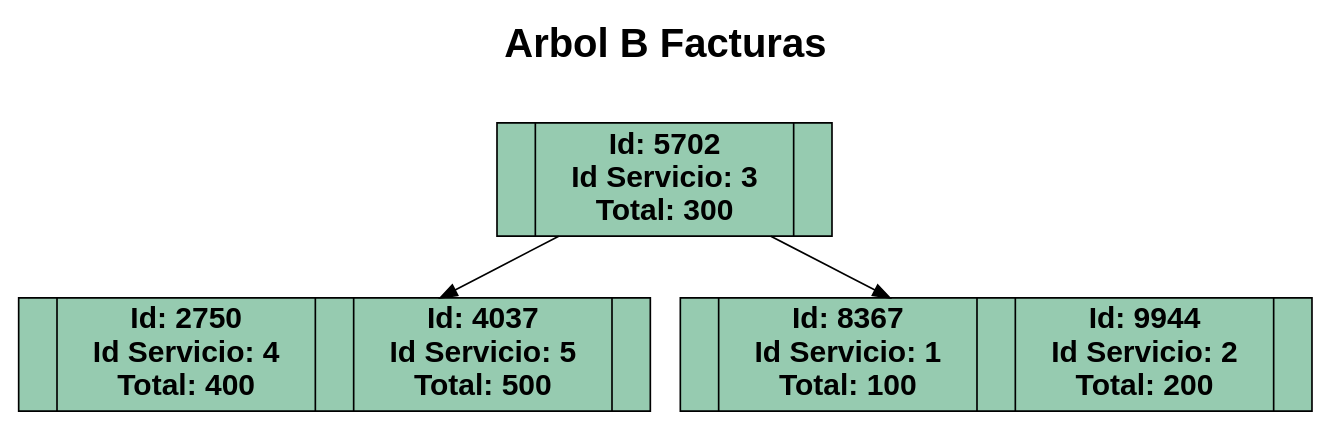
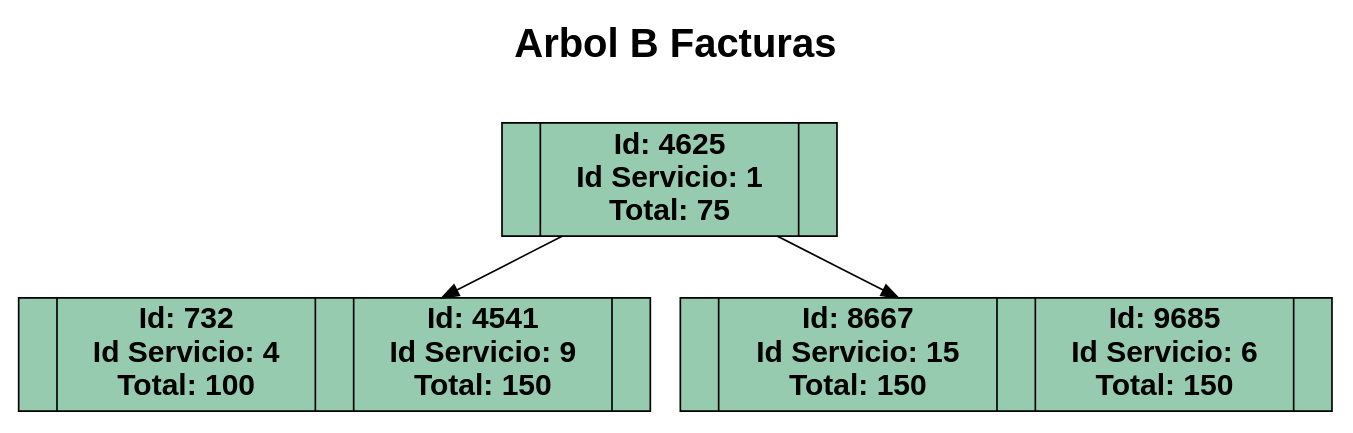
Before and after one commit to Saloj17/-EDD-1S2025_201900081: the diagram in Fase2/Reportes/facturas.dot, drawn with Graphviz. The commit also changed 143 other files, not shown here.

```diff
--- a/Fase2/Reportes/facturas.dot
+++ b/Fase2/Reportes/facturas.dot
@@ -1,14 +1,14 @@
 digraph ArbolB {
   node [shape=record, height=0.1];
   label = "Arbol B Facturas
 
 ";
   labelloc = "t";
   fontsize = 24;
   fontname = "Helvetica-Bold";
-  nodo_43332040 [label=" |Id: 5702\n Id Servicio: 3\n Total: 300|" style="filled" fillcolor="#96cbb0" fontname="Helvetica-Bold" fontsize = 18];
-  nodo_54444047 [label=" |Id: 2750\n Id Servicio: 4\n Total: 400| |Id: 4037\n Id Servicio: 5\n Total: 500|" style="filled" fillcolor="#96cbb0" fontname="Helvetica-Bold" fontsize = 18];
-  nodo_43332040 -> nodo_54444047;
-  nodo_20234383 [label=" |Id: 8367\n Id Servicio: 1\n Total: 100| |Id: 9944\n Id Servicio: 2\n Total: 200|" style="filled" fillcolor="#96cbb0" fontname="Helvetica-Bold" fontsize = 18];
-  nodo_43332040 -> nodo_20234383;
+  nodo_33675143 [label=" |Id: 4625\n Id Servicio: 1\n Total: 75|" style="filled" fillcolor="#96cbb0" fontname="Helvetica-Bold" fontsize = 18];
+  nodo_34640832 [label=" |Id: 732\n Id Servicio: 4\n Total: 100| |Id: 4541\n Id Servicio: 9\n Total: 150|" style="filled" fillcolor="#96cbb0" fontname="Helvetica-Bold" fontsize = 18];
+  nodo_33675143 -> nodo_34640832;
+  nodo_43332040 [label=" |Id: 8667\n Id Servicio: 15\n Total: 150| |Id: 9685\n Id Servicio: 6\n Total: 150|" style="filled" fillcolor="#96cbb0" fontname="Helvetica-Bold" fontsize = 18];
+  nodo_33675143 -> nodo_43332040;
 }
```
